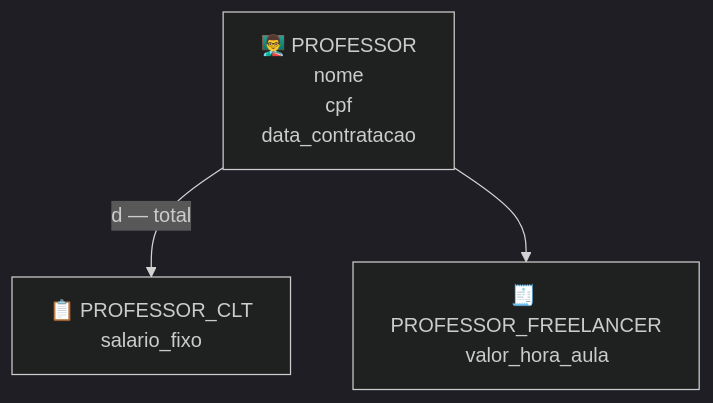
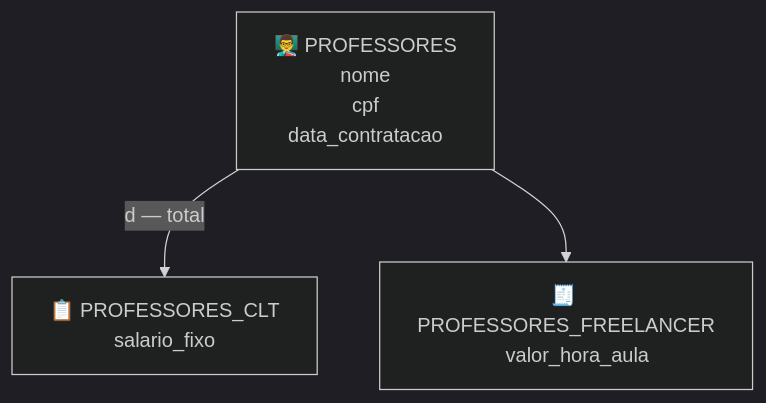
The sixth of 7 diagrams in docs/aulas/Aula_02_Gabarito.md (GTI-Fatec-Jahu/BDA-GTI-2026-2), drawn with Mermaid (dark theme) before and after one commit. The commit also changed other lines of this file and 5 other files, not shown here.

````diff
--- a/docs/aulas/Aula_02_Gabarito.md
+++ b/docs/aulas/Aula_02_Gabarito.md
@@ -219,16 +219,16 @@
 ```mermaid
 flowchart TB
-    PROFESSOR["👨‍🏫 PROFESSOR
+    PROFESSORES["👨‍🏫 PROFESSORES
     nome
     cpf
     data_contratacao"]
 
-    CLT["📋 PROFESSOR_CLT
+    CLT["📋 PROFESSORES_CLT
     salario_fixo"]
 
-    FREELANCER["🧾 PROFESSOR_FREELANCER
+    FREELANCER["🧾 PROFESSORES_FREELANCER
     valor_hora_aula"]
 
-    PROFESSOR -->|"d — total"| CLT
-    PROFESSOR --> FREELANCER
+    PROFESSORES -->|"d — total"| CLT
+    PROFESSORES --> FREELANCER
 ```
````
